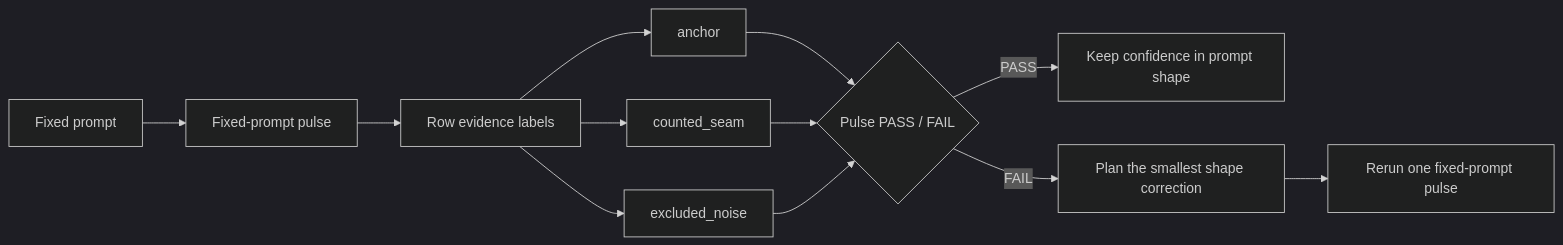
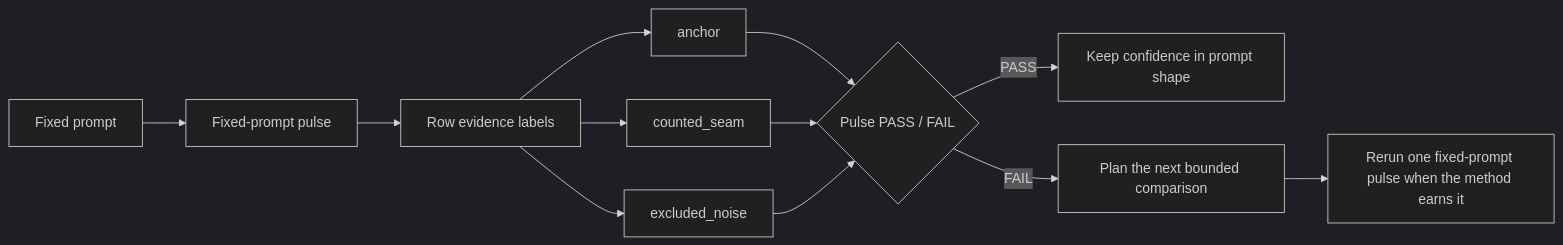
Before and after one commit to tryskian/probaboracle: the third of 5 diagrams in docs/diagrams/PIPELINE.md, drawn with Mermaid (dark theme). The commit also changed other lines of this file and 25 other files, not shown here.

````diff
--- a/docs/diagrams/PIPELINE.md
+++ b/docs/diagrams/PIPELINE.md
@@ -54,14 +54,14 @@
 ```mermaid
 flowchart LR
   A["Fixed prompt"] --> B["Fixed-prompt pulse"]
   B --> C["Row evidence labels"]
   C --> D["anchor"]
   C --> E["counted_seam"]
   C --> F["excluded_noise"]
   D --> G{"Pulse PASS / FAIL"}
   E --> G
   F --> G
   G -->|"PASS"| H["Keep confidence in prompt shape"]
-  G -->|"FAIL"| I["Plan the smallest shape correction"]
-  I --> J["Rerun one fixed-prompt pulse"]
+  G -->|"FAIL"| I["Plan the next bounded comparison"]
+  I --> J["Rerun one fixed-prompt pulse when the method earns it"]
 ```
````
